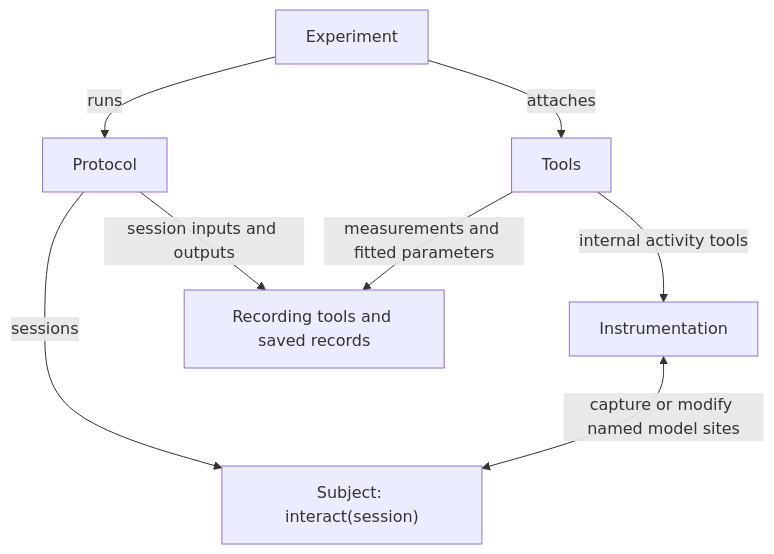
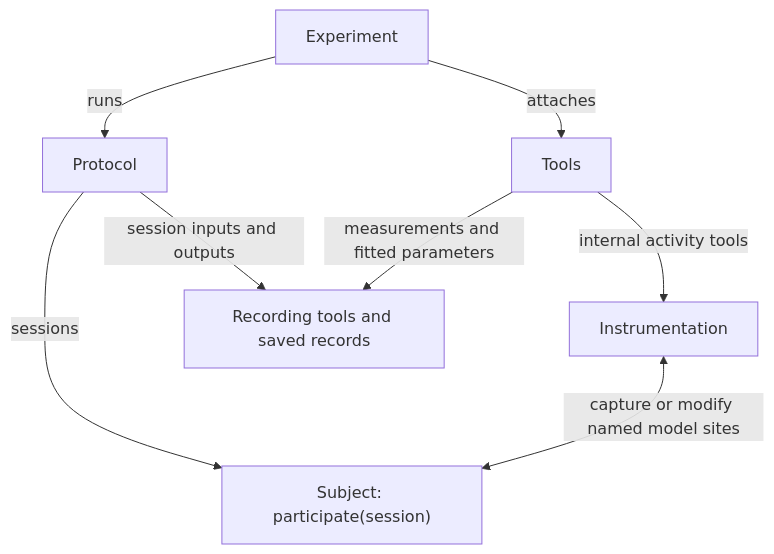
One commit to KartikP/brainscore-unified changed the diagram in docs/tools_and_experiments.md. Above: the diagram before and after it, drawn with Mermaid. The commit also changed other lines of this file and 93 other files, not shown here.

````diff
--- a/docs/tools_and_experiments.md
+++ b/docs/tools_and_experiments.md
@@ -13,10 +13,10 @@
 ```mermaid
 flowchart TB
     E[Experiment] -->|runs| P[Protocol]
     E -->|attaches| T[Tools]
-    P -->|sessions| S["Subject: interact(session)"]
+    P -->|sessions| S["Subject: participate(session)"]
     T -->|internal activity tools| I[Instrumentation]
     I <-->|capture or modify named model sites| S
     P -->|session inputs and outputs| R[Recording tools and saved records]
     T -->|measurements and fitted parameters| R
 ```
````
